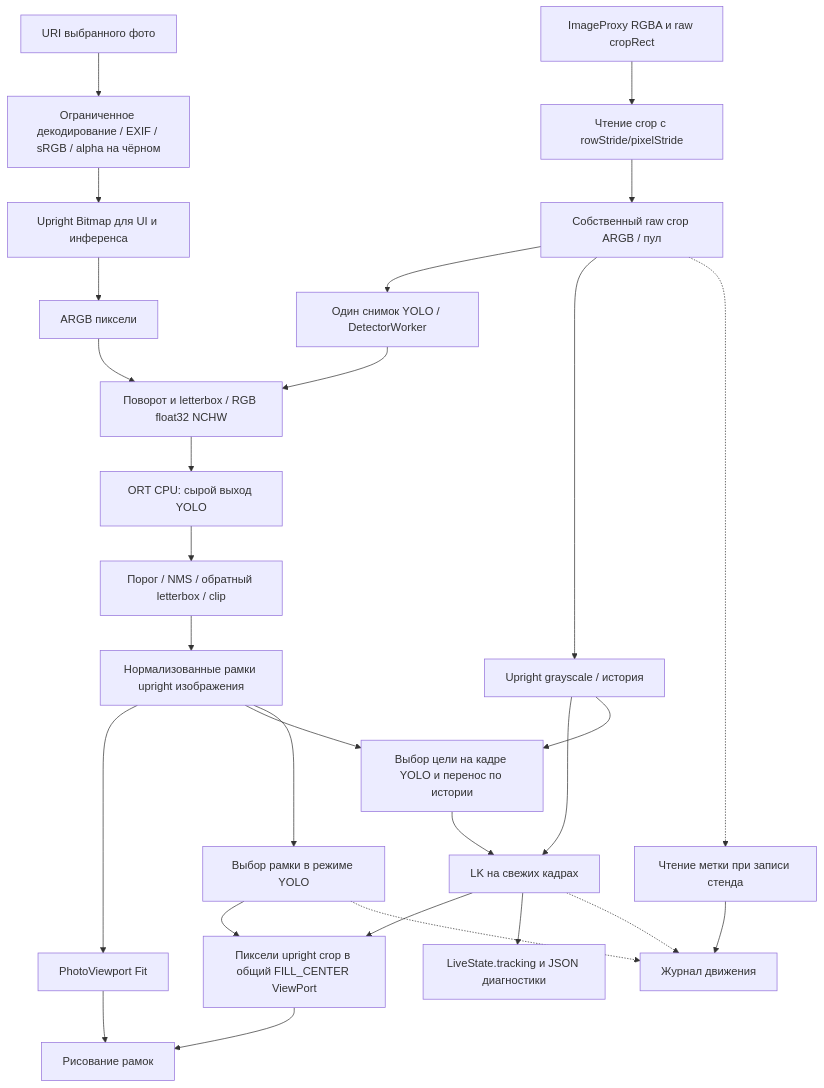
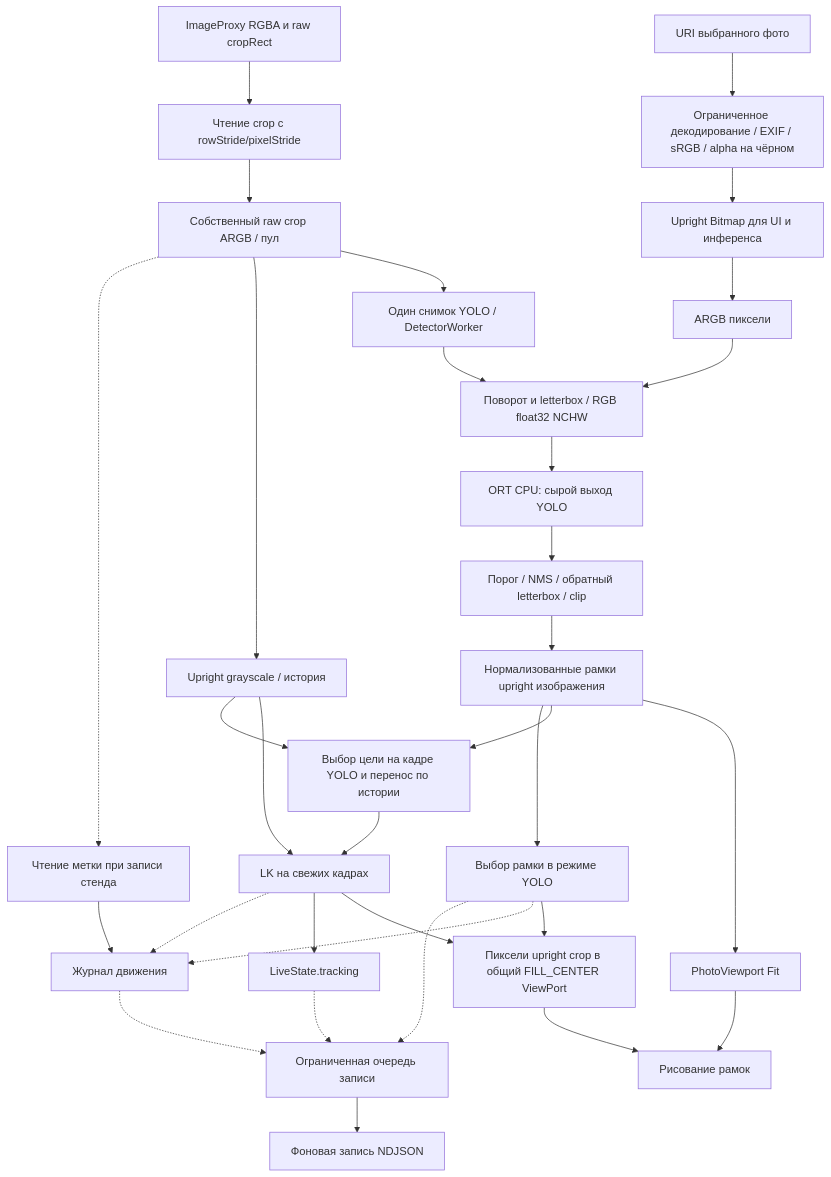
The diagram in docs/architecture/data-flow.md (Kr1st10/drone-cv-android-prototype), drawn with Mermaid before and after one commit. The commit also changed other lines of this file and 37 other files, not shown here.

First line of the commit message:
feat: record diagnostic session timeline

````diff
--- a/docs/architecture/data-flow.md
+++ b/docs/architecture/data-flow.md
@@ -7,30 +7,34 @@
 ```mermaid
 flowchart TD
     P[URI выбранного фото] --> D[Ограниченное декодирование / EXIF / sRGB / alpha на чёрном]
     D --> B[Upright Bitmap для UI и инференса]
     B --> A[ARGB пиксели]
     C[ImageProxy RGBA и raw cropRect] --> R[Чтение crop с rowStride/pixelStride]
     R --> A2[Собственный raw crop ARGB / пул]
     A --> Pre[Поворот и letterbox / RGB float32 NCHW]
     A2 --> Queue[Один снимок YOLO / DetectorWorker]
     A2 --> Gray[Upright grayscale / история]
     Gray --> Track[LK на свежих кадрах]
     Queue --> Pre
     Pre --> ORT[ORT CPU: сырой выход YOLO]
     ORT --> Post[Порог / NMS / обратный letterbox / clip]
     Post --> Norm[Нормализованные рамки upright изображения]
     Norm --> Photo[PhotoViewport Fit]
     Norm --> Correct[Выбор цели на кадре YOLO и перенос по истории]
     Gray --> Correct
     Correct --> Track
     Track --> Camera[Пиксели upright crop в общий FILL_CENTER ViewPort]
-    Track --> Signal[LiveState.tracking и JSON диагностики]
+    Track --> Signal[LiveState.tracking]
     Norm --> Baseline[Выбор рамки в режиме YOLO]
     Baseline --> Camera
     A2 -.-> Marker[Чтение метки при записи стенда]
     Marker --> MotionLog[Журнал движения]
     Track -.-> MotionLog
     Baseline -.-> MotionLog
+    Signal -.-> Timeline[Ограниченная очередь записи]
+    Baseline -.-> Timeline
+    MotionLog -.-> Timeline
+    Timeline --> Writer[Фоновая запись NDJSON]
     Photo --> Draw[Рисование рамок]
     Camera --> Draw
 ```
````
